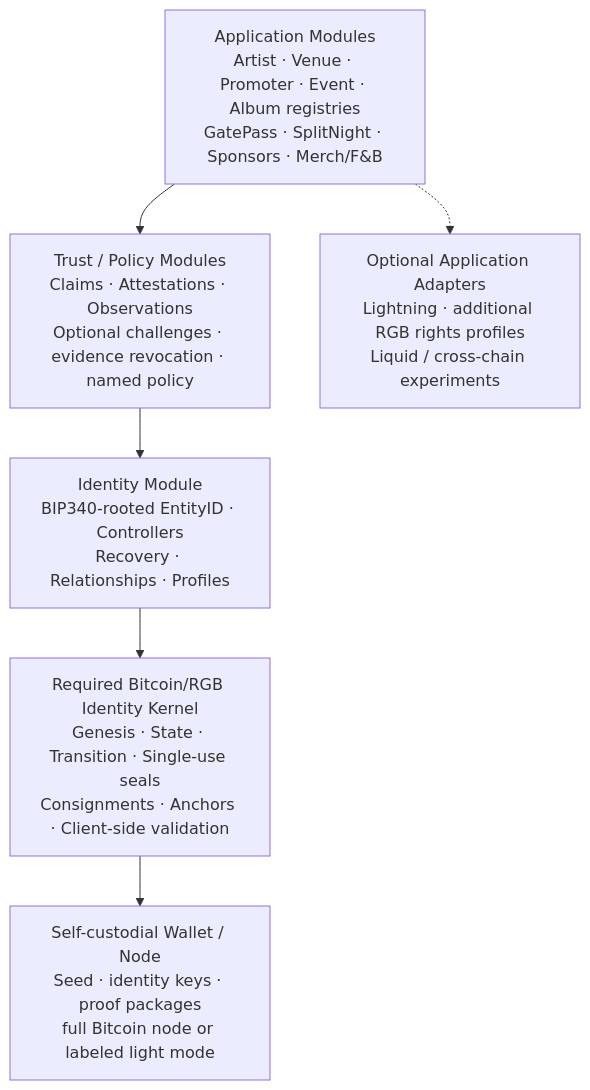
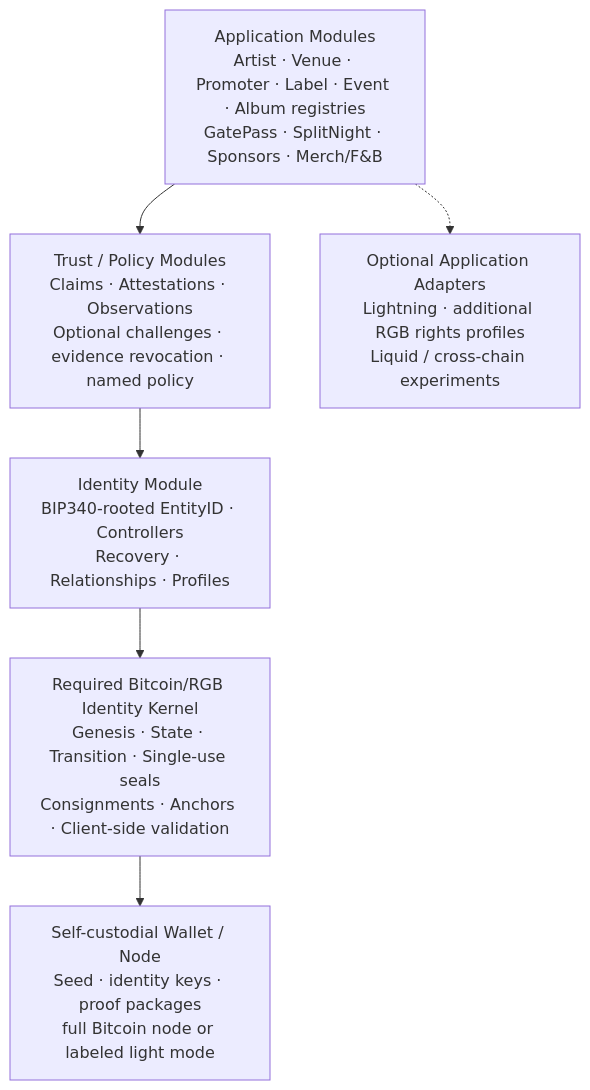
The diagram in docs/diagrams/01-modular-layered-architecture.md (EdwinKestler/o2a-protocol), drawn with Mermaid before and after one commit. The commit also changed 11 other files, not shown here.

````diff
--- a/docs/diagrams/01-modular-layered-architecture.md
+++ b/docs/diagrams/01-modular-layered-architecture.md
@@ -5,15 +5,15 @@
 ```mermaid
 flowchart TB
-    APP["Application Modules<br/>Artist · Venue · Promoter · Event · Album registries<br/>GatePass · SplitNight · Sponsors · Merch/F&B"]
+    APP["Application Modules<br/>Artist · Venue · Promoter · Label · Event · Album registries<br/>GatePass · SplitNight · Sponsors · Merch/F&B"]
     TRUST["Trust / Policy Modules<br/>Claims · Attestations · Observations<br/>Optional challenges · evidence revocation · named policy"]
     ID["Identity Module<br/>BIP340-rooted EntityID · Controllers<br/>Recovery · Relationships · Profiles"]
     KERNEL["Required Bitcoin/RGB Identity Kernel<br/>Genesis · State · Transition · Single-use seals<br/>Consignments · Anchors · Client-side validation"]
     WALLET["Self-custodial Wallet / Node<br/>Seed · identity keys · proof packages<br/>full Bitcoin node or labeled light mode"]
     EXT["Optional Application Adapters<br/>Lightning · additional RGB rights profiles<br/>Liquid / cross-chain experiments"]
 
     APP --> TRUST
     TRUST --> ID
     ID --> KERNEL
     KERNEL --> WALLET
     APP -.-> EXT
 ```
````
